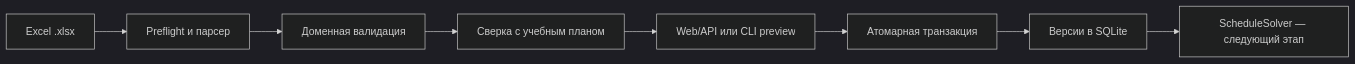
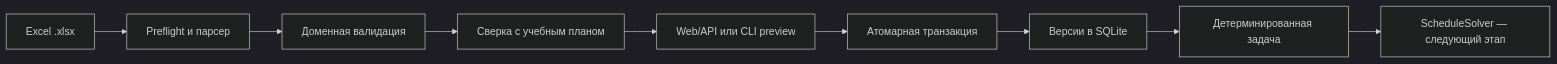
One commit to xelvhk/college_auto_schedule changed the diagram in README.md. Above: the diagram before and after it, drawn with Mermaid (dark theme). The commit also changed other lines of this file and 15 other files, not shown here.

````diff
--- a/README.md
+++ b/README.md
@@ -92,10 +95,11 @@
 ```mermaid
 flowchart LR
     Excel["Excel .xlsx"] --> Guard["Preflight и парсер"]
     Guard --> Domain["Доменная валидация"]
     Domain --> Ready["Сверка с учебным планом"]
     Ready --> Preview["Web/API или CLI preview"]
     Preview --> Tx["Атомарная транзакция"]
     Tx --> SQLite["Версии в SQLite"]
-    SQLite --> Generator["ScheduleSolver — следующий этап"]
+    SQLite --> Problem["Детерминированная задача"]
+    Problem --> Generator["ScheduleSolver — следующий этап"]
 ```
````
